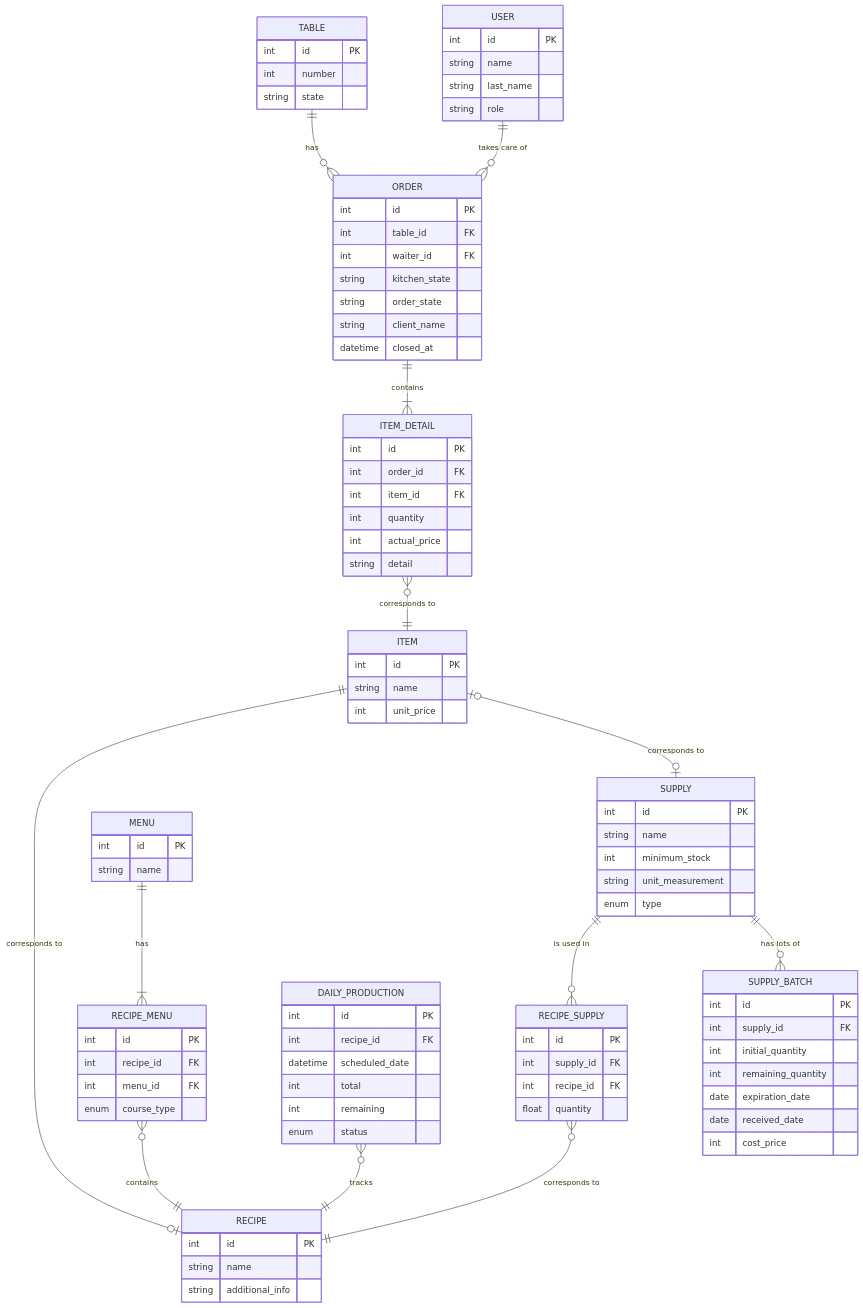
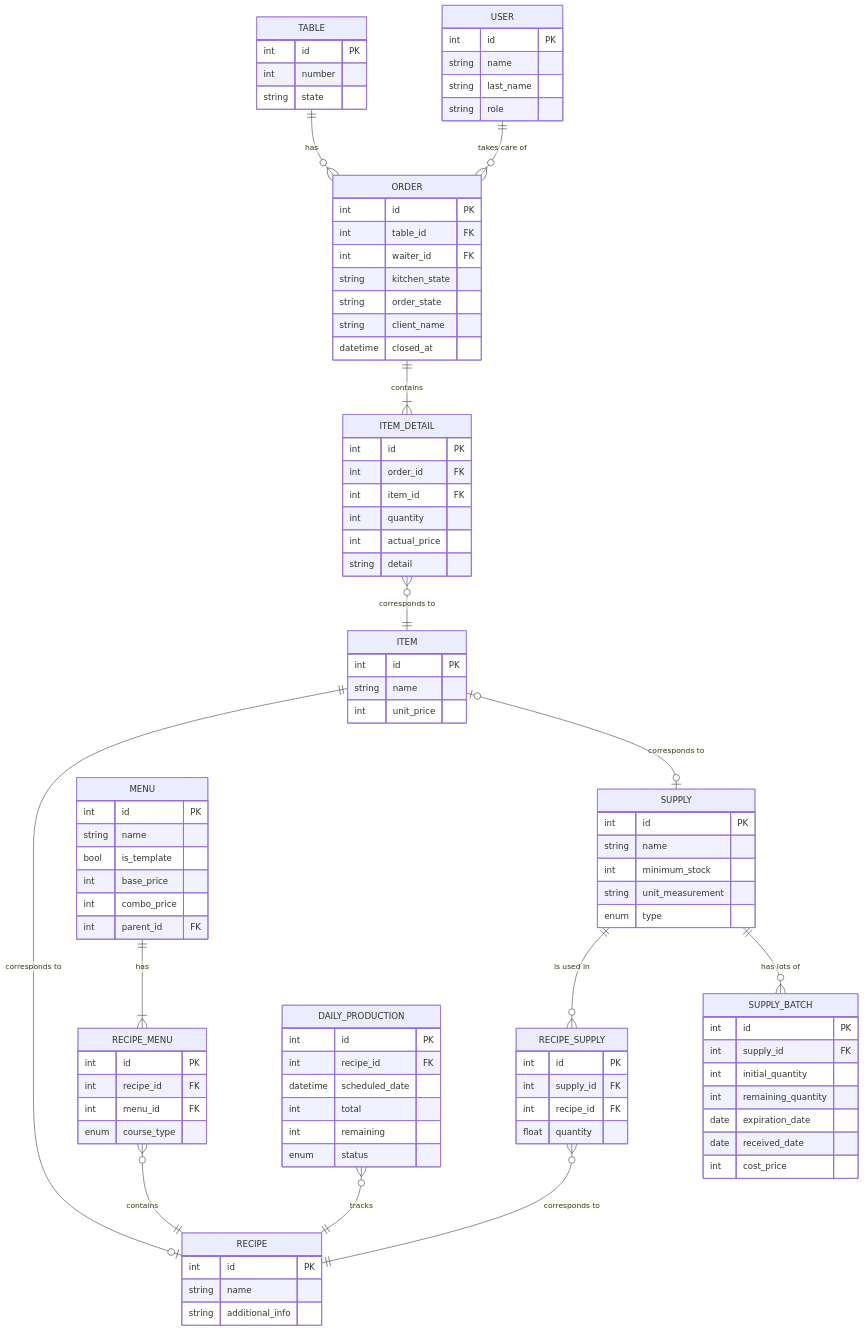
Before and after one commit to Josecris10/sistema-restaurante: the first of 2 diagrams in docs/ARCHITECTURE.md, drawn with Mermaid. The commit also changed 7 other files, not shown here.

```diff
--- a/docs/ARCHITECTURE.md
+++ b/docs/ARCHITECTURE.md
@@ -119,6 +119,10 @@
     MENU {
       int id PK
       string name
+      bool is_template
+      int base_price
+      int combo_price
+      int parent_id FK
     }
 
     RECIPE_MENU {
```
